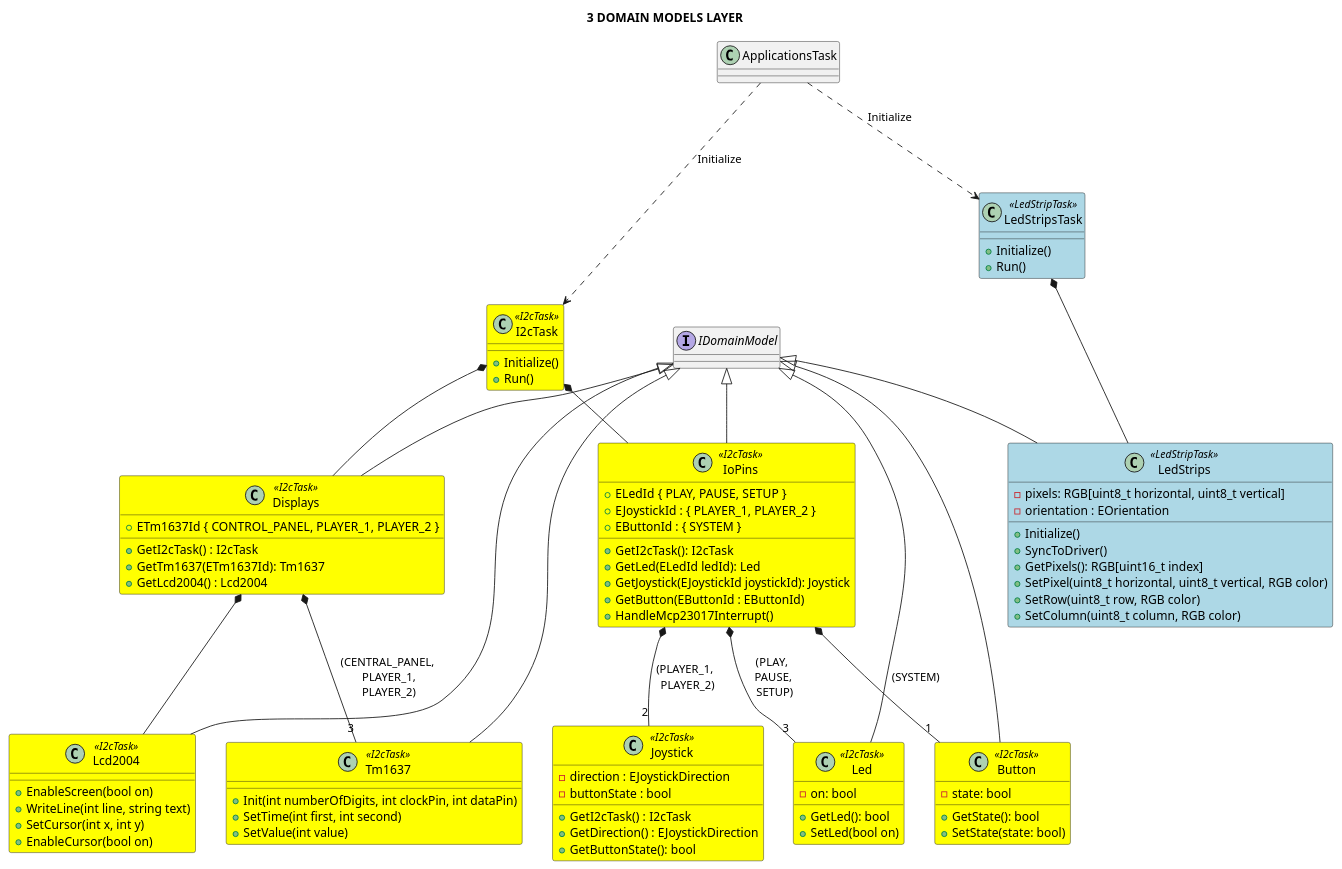
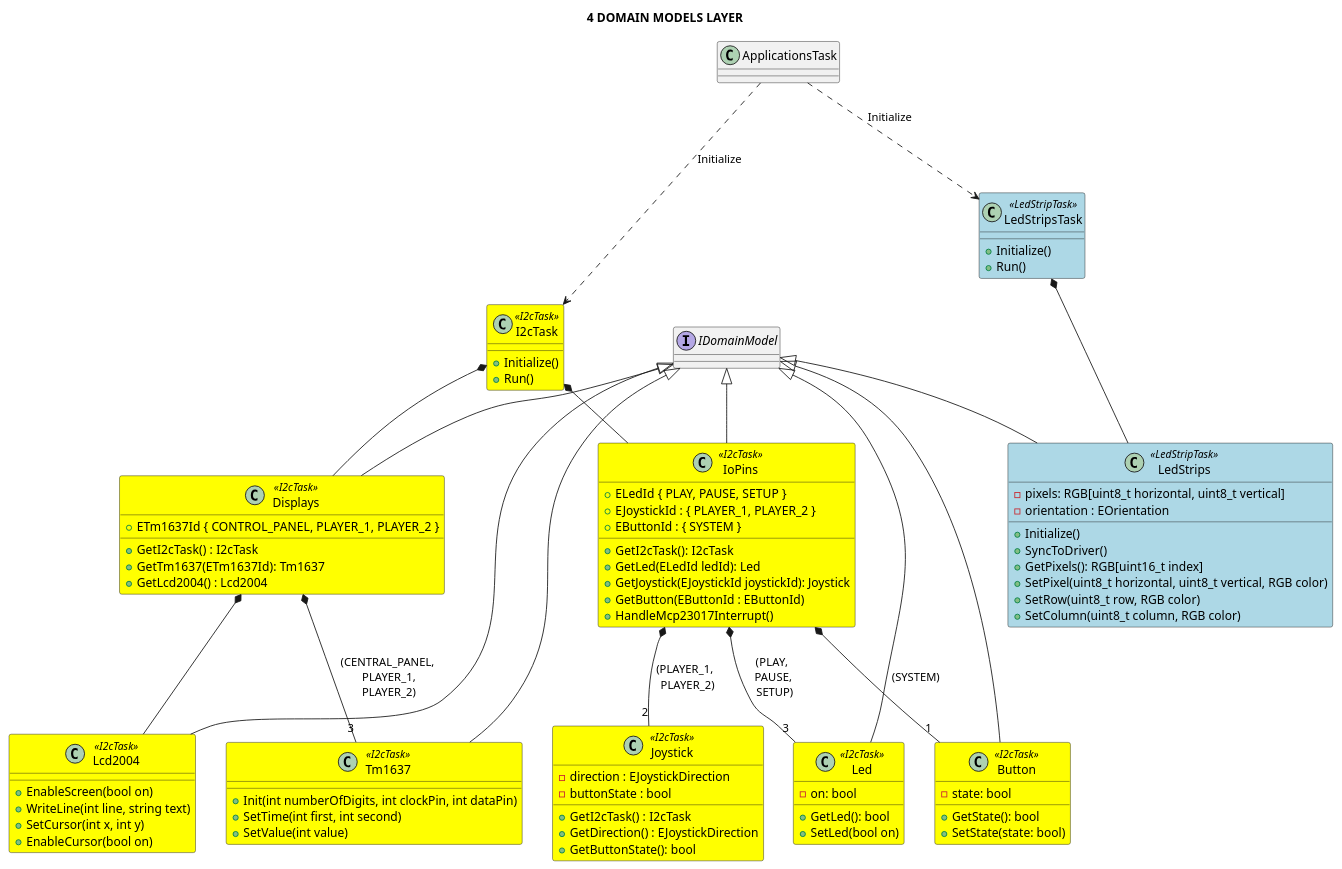
One commit to michelkeijzers/fraxis changed the diagram in Docs/Software Design/Layers/L4_domain_models_layer.puml. Above: the diagram before and after it, drawn with PlantUML. The commit also changed 30 other files, not shown here.

```diff
--- a/Docs/Software Design/Layers/L4_domain_models_layer.puml
+++ b/Docs/Software Design/Layers/L4_domain_models_layer.puml
@@ -1,121 +1,121 @@
 @startuml
 
-title 3 DOMAIN MODELS LAYER
+title 4 DOMAIN MODELS LAYER
 
 skinparam packageStyle rectangle
 skinparam lineThickness 2
 
 class I2cTask <<I2cTask>> #yellow
 {
     + Initialize()
     + Run()
 }
 
 I2cTask *-- IoPins
 ApplicationsTask ...> I2cTask : Initialize
 
 interface IDomainModel 
 {
 }
 
 class IoPins <<I2cTask>> #yellow
 {
     + GetI2cTask(): I2cTask
     + ELedId { PLAY, PAUSE, SETUP }
     + EJoystickId : { PLAYER_1, PLAYER_2 }
     + EButtonId : { SYSTEM }
     + GetLed(ELedId ledId): Led
     + GetJoystick(EJoystickId joystickId): Joystick
     + GetButton(EButtonId : EButtonId)
     + HandleMcp23017Interrupt()
 }
 
 IoPins -u-|> IDomainModel
 
 class Joystick  <<I2cTask>> #yellow
 {
     - direction : EJoystickDirection
     - buttonState : bool
     + GetI2cTask() : I2cTask
     + GetDirection() : EJoystickDirection
     + GetButtonState(): bool
 }
 
 IoPins *-- "2" Joystick : (PLAYER_1, \n PLAYER_2)
 
 class Button <<I2cTask>> #yellow
 {
     - state: bool 
     + GetState(): bool 
     + SetState(state: bool) 
 }
 
 Button -u-|> IDomainModel
 IoPins *-- "1" Button : (SYSTEM)
 
 class Displays <<I2cTask>> #yellow
 {
     + GetI2cTask() : I2cTask
     + ETm1637Id { CONTROL_PANEL, PLAYER_1, PLAYER_2 }
     + GetTm1637(ETm1637Id): Tm1637
     + GetLcd2004() : Lcd2004
 }
 
 Displays -u-|> IDomainModel
 I2cTask *-- Displays
 
 class Led <<I2cTask>> #yellow
 {
     - on: bool
     + GetLed(): bool
     + SetLed(bool on)
 }
 
 Led -u-|> IDomainModel
 IoPins *-- "3" Led : (PLAY, \n PAUSE, \n SETUP)
 
 class Lcd2004 <<I2cTask>> #yellow
 {
     + EnableScreen(bool on)
     + WriteLine(int line, string text)
     + SetCursor(int x, int y)
     + EnableCursor(bool on)
 }
 
 Lcd2004 -u-|> IDomainModel
 Displays *-- Lcd2004
 
 class Tm1637 <<I2cTask>> #yellow
 {
     + Init(int numberOfDigits, int clockPin, int dataPin)
     + SetTime(int first, int second) 
     + SetValue(int value)
 }
 
 Tm1637 -u-|> IDomainModel
 Displays *-- "3" Tm1637 : (CENTRAL_PANEL,\n PLAYER_1,\n PLAYER_2)
 
 class LedStripsTask <<LedStripTask>> #lightblue
 {
     + Initialize()
     + Run()
 }
 
 ApplicationsTask ..> LedStripsTask : Initialize
 
 class LedStrips  <<LedStripTask>> #lightblue
 {
     - pixels: RGB[uint8_t horizontal, uint8_t vertical]
     - orientation : EOrientation
     + Initialize()
     + SyncToDriver()
     + GetPixels(): RGB[uint16_t index]
     + SetPixel(uint8_t horizontal, uint8_t vertical, RGB color)
     + SetRow(uint8_t row, RGB color)
     + SetColumn(uint8_t column, RGB color)
 }
 
 LedStrips -u-|> IDomainModel
 LedStripsTask *- LedStrips
 
 @enduml
```
